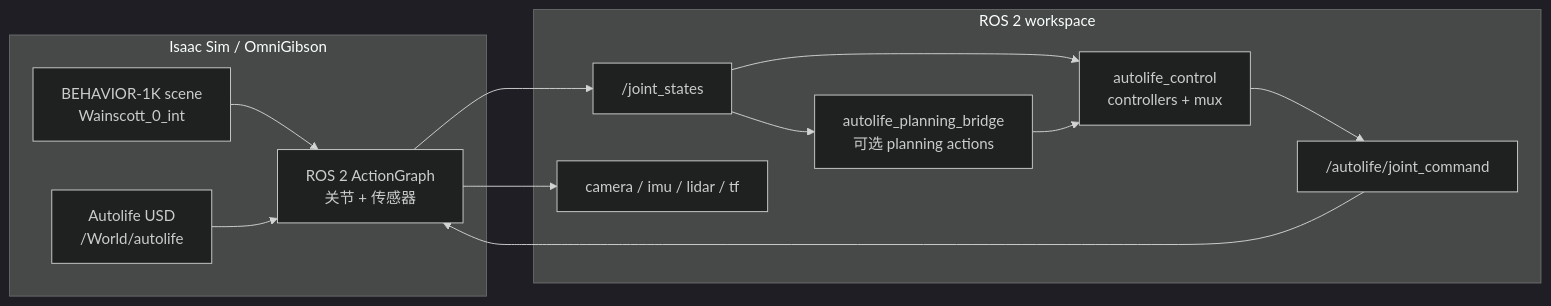
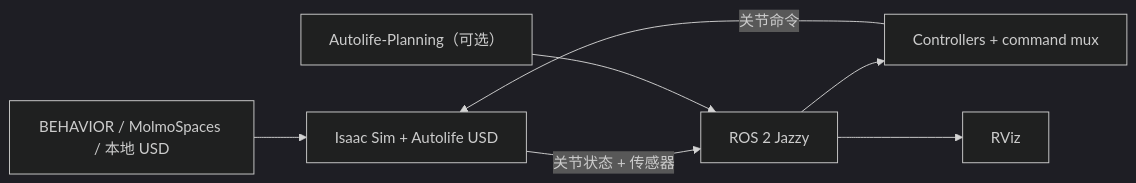
Before and after one commit to jiaxuan0lin0/Autolife_Sim: the diagram in README.zh-CN.md, drawn with Mermaid (dark theme). The commit also changed other lines of this file and 25 other files, not shown here.

````diff
--- a/README.zh-CN.md
+++ b/README.zh-CN.md
@@ -25,26 +30,9 @@
 ```mermaid
 flowchart LR
-    subgraph Sim["Isaac Sim / OmniGibson"]
-        Scene["BEHAVIOR-1K scene<br/>Wainscott_0_int"]
-        Robot["Autolife USD<br/>/World/autolife"]
-        Bridge["ROS 2 ActionGraph<br/>关节 + 传感器"]
-    end
-
-    subgraph ROS["ROS 2 workspace"]
-        State["/joint_states"]
-        Control["autolife_control<br/>controllers + mux"]
-        Command["/autolife/joint_command"]
-        Sensors["camera / imu / lidar / tf"]
-        Planning["autolife_planning_bridge<br/>可选 planning actions"]
-    end
-
-    Scene --> Bridge
-    Robot --> Bridge
-    Bridge --> State
-    State --> Control
-    State --> Planning
-    Planning --> Control
-    Control --> Command
-    Command --> Bridge
-    Bridge --> Sensors
+    Scene["BEHAVIOR / MolmoSpaces / 本地 USD"] --> Isaac["Isaac Sim + Autolife USD"]
+    Isaac -->|关节状态 + 传感器| ROS["ROS 2 Jazzy"]
+    ROS --> Control["Controllers + command mux"]
+    Control -->|关节命令| Isaac
+    ROS --> RViz["RViz"]
+    Planning["Autolife-Planning（可选）"] --> ROS
 ```
````
